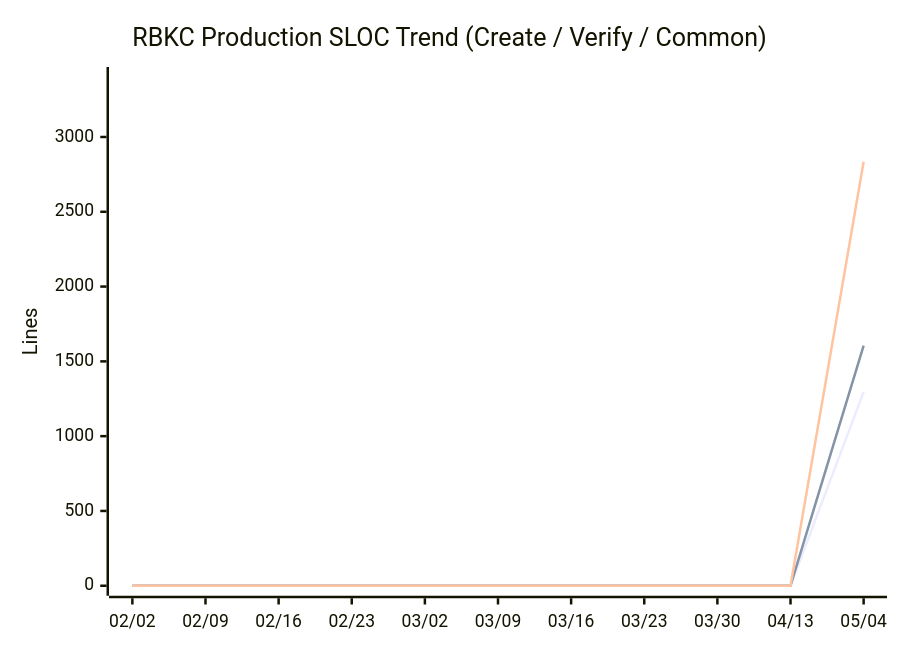
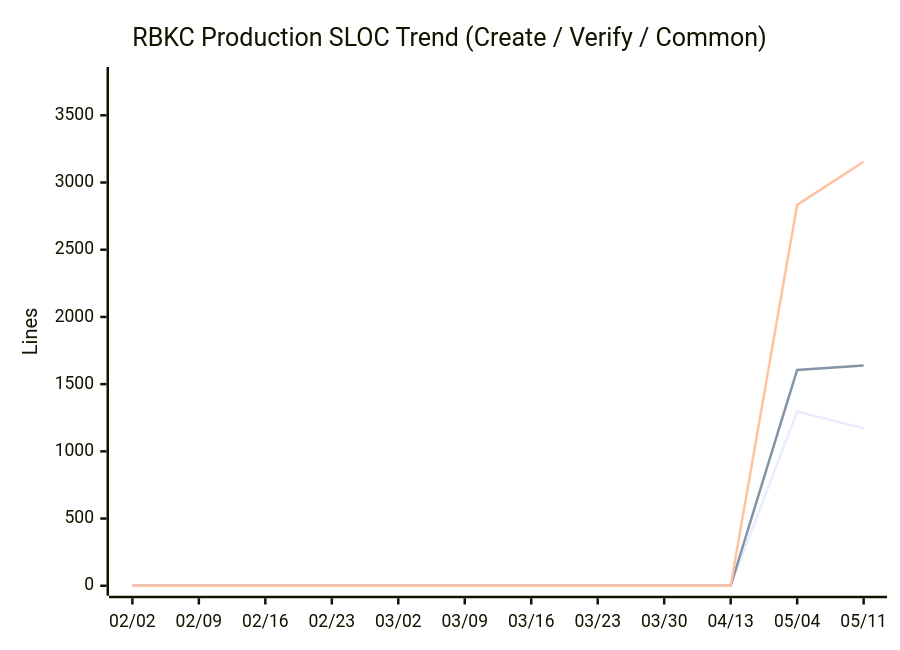
Before and after one commit to nablarch/nabledge-dev: diagram 11 of 14 in docs/metrics.md, drawn with Mermaid. The commit also changed other lines of this file and 2 other files, not shown here.

````diff
--- a/docs/metrics.md
+++ b/docs/metrics.md
@@ -146,9 +146,9 @@
 ```mermaid
 xychart-beta
   title "RBKC Production SLOC Trend (Create / Verify / Common)"
-  x-axis ["02/02", "02/09", "02/16", "02/23", "03/02", "03/09", "03/16", "03/23", "03/30", "04/13", "05/04"]
-  y-axis "Lines" 0 --> 3401
-  line [0, 0, 0, 0, 0, 0, 0, 0, 0, 0, 1296]
-  line [0, 0, 0, 0, 0, 0, 0, 0, 0, 0, 1606]
-  line [0, 0, 0, 0, 0, 0, 0, 0, 0, 0, 2834]
+  x-axis ["02/02", "02/09", "02/16", "02/23", "03/02", "03/09", "03/16", "03/23", "03/30", "04/13", "05/04", "05/11"]
+  y-axis "Lines" 0 --> 3785
+  line [0, 0, 0, 0, 0, 0, 0, 0, 0, 0, 1296, 1172]
+  line [0, 0, 0, 0, 0, 0, 0, 0, 0, 0, 1606, 1638]
+  line [0, 0, 0, 0, 0, 0, 0, 0, 0, 0, 2834, 3154]
 ```
````
